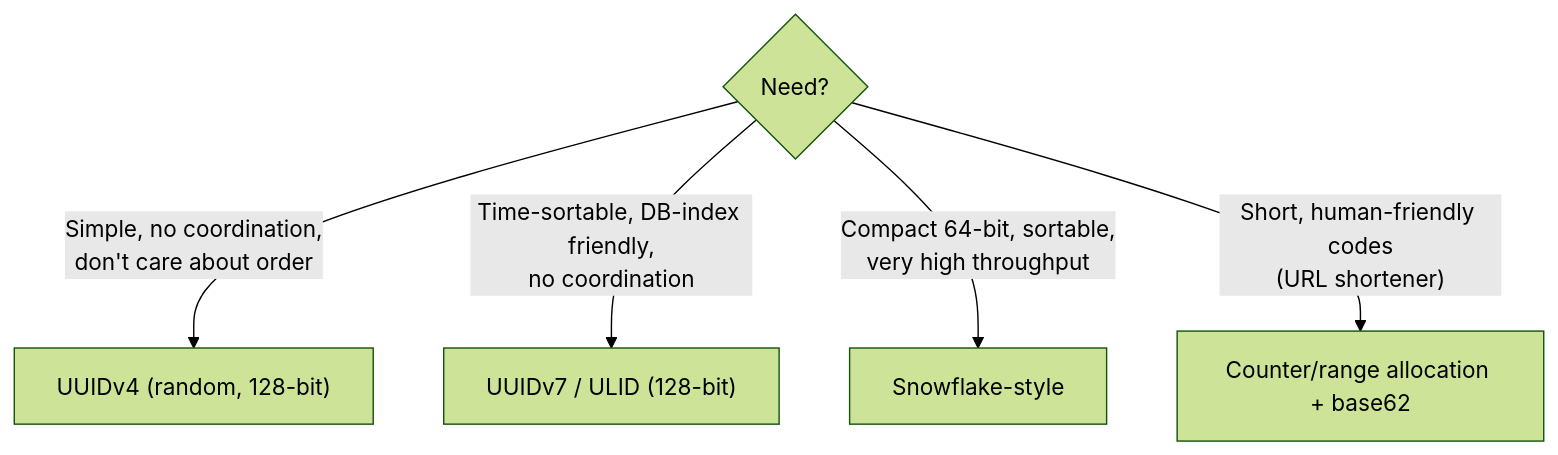
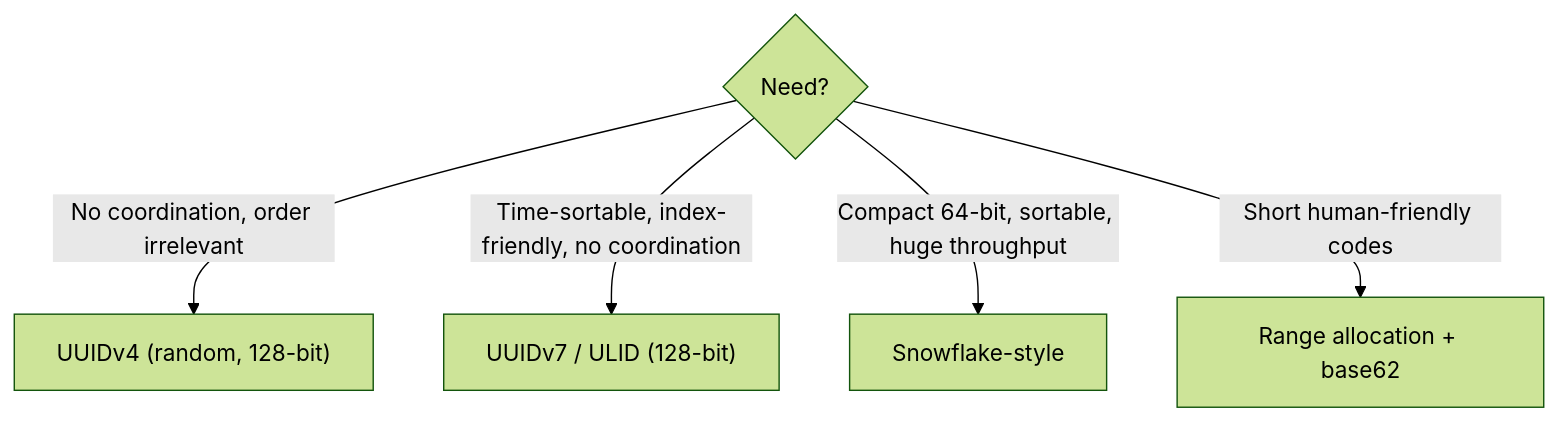
Before and after one commit to winnyboy5/System-Design-from-Atoms: the diagram in phases/08-reliability-ops/072-unique-id-generation.md, drawn with Mermaid (forest theme). The commit also changed other lines of this file and 9 other files, not shown here.

````diff
--- a/phases/08-reliability-ops/072-unique-id-generation.md
+++ b/phases/08-reliability-ops/072-unique-id-generation.md
@@ -37,7 +48,7 @@
 ```mermaid
 flowchart TD
-    Q{"Need?"} -->|"Simple, no coordination,<br/>don't care about order"| U4["UUIDv4 (random, 128-bit)"]
-    Q -->|"Time-sortable, DB-index friendly,<br/>no coordination"| U7["UUIDv7 / ULID (128-bit)"]
-    Q -->|"Compact 64-bit, sortable,<br/>very high throughput"| SF["Snowflake-style"]
-    Q -->|"Short, human-friendly codes<br/>(URL shortener)"| KGS["Counter/range allocation + base62"]
+    Q{"Need?"} -->|"No coordination, order irrelevant"| U4["UUIDv4 (random, 128-bit)"]
+    Q -->|"Time-sortable, index-friendly, no coordination"| U7["UUIDv7 / ULID (128-bit)"]
+    Q -->|"Compact 64-bit, sortable, huge throughput"| SF["Snowflake-style"]
+    Q -->|"Short human-friendly codes"| KGS["Range allocation + base62"]
 ```
````
